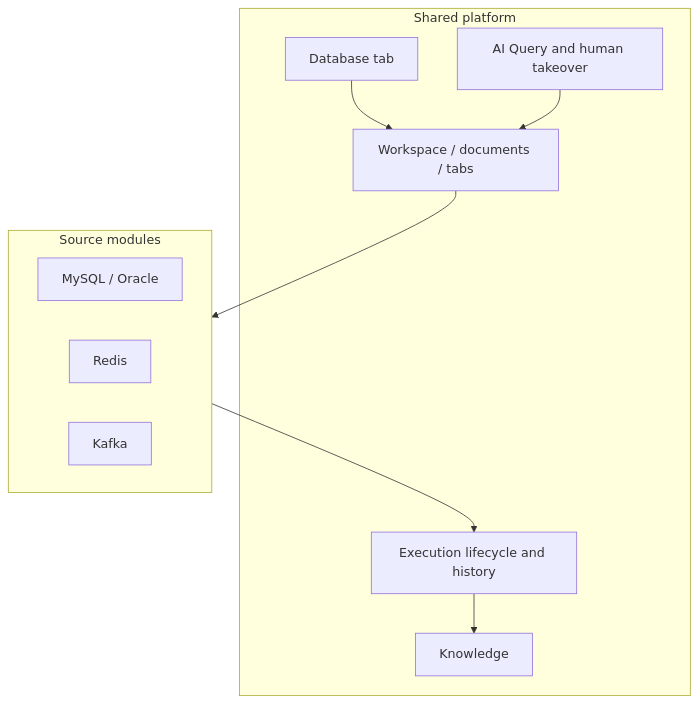
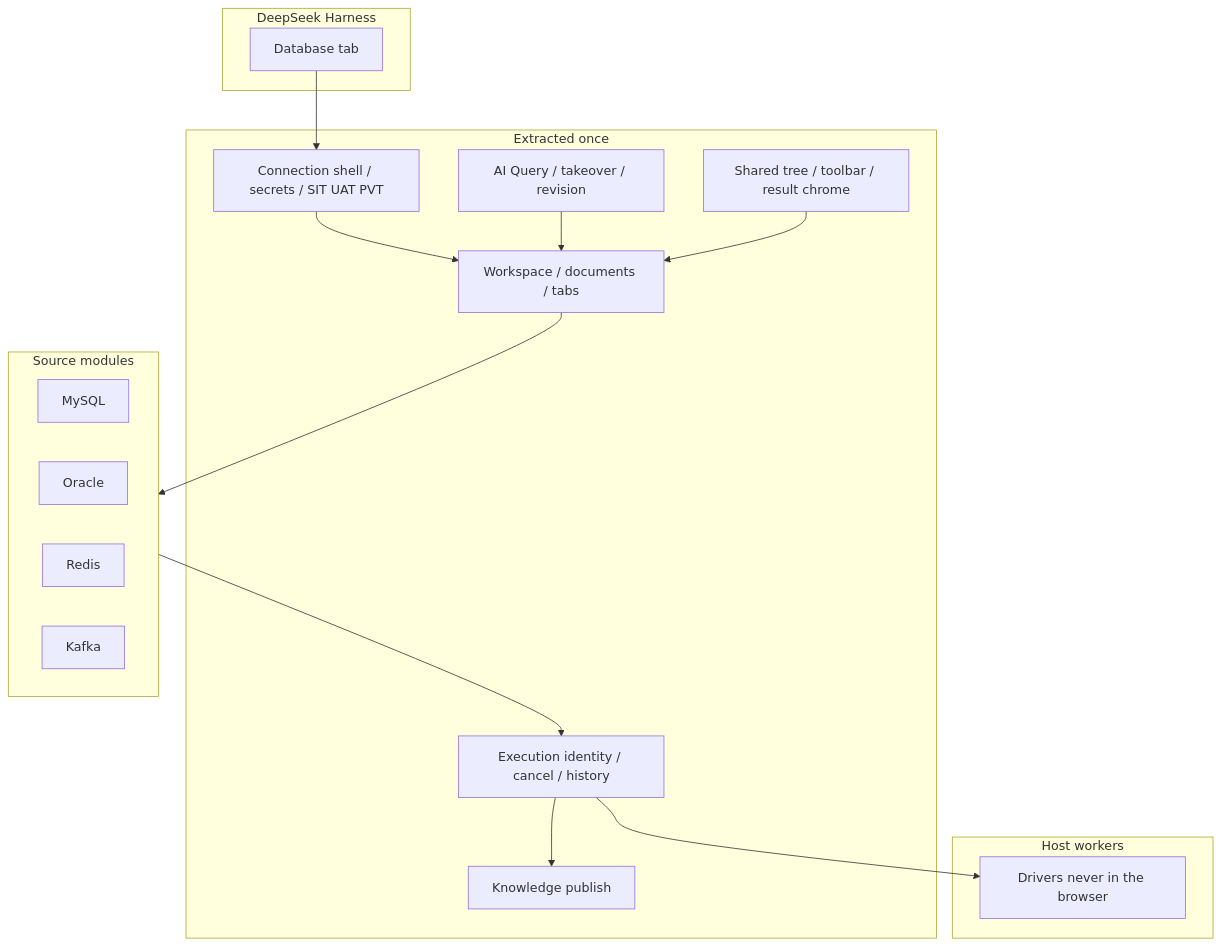
Before and after one commit to zhuoxiaoshuai/dsh-database: the diagram in README.md, drawn with Mermaid. The commit also changed other lines of this file and 9 other files, not shown here.

First line of the commit message:
Document the extracted platform and write a chapter per connected source.

````diff
--- a/README.md
+++ b/README.md
@@ -93,20 +51,31 @@
 ```mermaid
 flowchart TB
-  subgraph platform [Shared platform]
+  subgraph dsh [DeepSeek Harness]
     Tab[Database tab]
+  end
+  subgraph platform [Extracted once]
+    Conn[Connection shell / secrets / SIT UAT PVT]
     WS[Workspace / documents / tabs]
-    EX[Execution lifecycle and history]
-    AI[AI Query and human takeover]
-    KN[Knowledge]
+    EX[Execution identity / cancel / history]
+    AI[AI Query / takeover / revision]
+    KN[Knowledge publish]
+    UI[Shared tree / toolbar / result chrome]
   end
-  subgraph sources [Source modules]
-    SQL[MySQL / Oracle]
-    Redis[Redis]
-    Kafka[Kafka]
+  subgraph modules [Source modules]
+    MySQL
+    Oracle
+    Redis
+    Kafka
   end
-  Tab --> WS
-  WS --> sources
+  subgraph host [Host workers]
+    W[Drivers never in the browser]
+  end
+  Tab --> Conn
+  Conn --> WS
+  WS --> modules
   AI --> WS
-  sources --> EX
+  UI --> WS
+  modules --> EX
+  EX --> W
   EX --> KN
 ```
````
